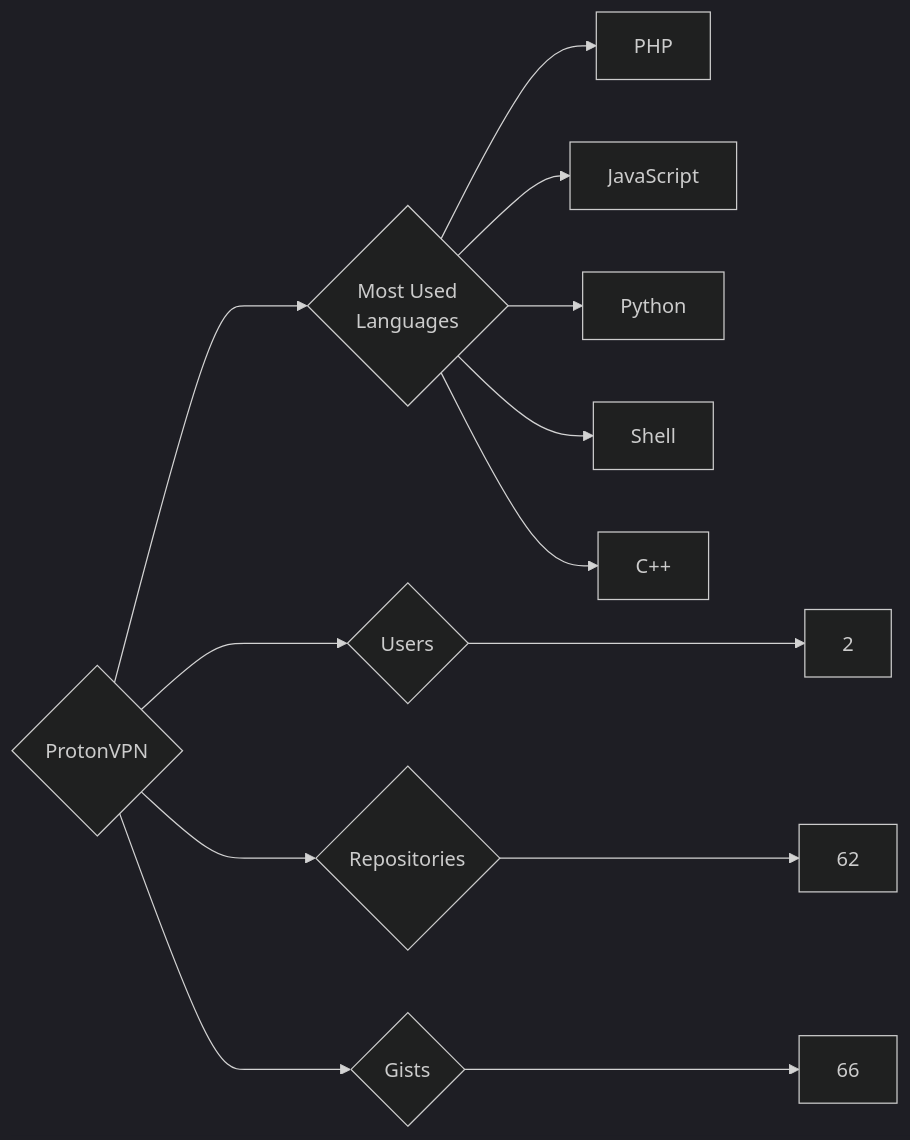
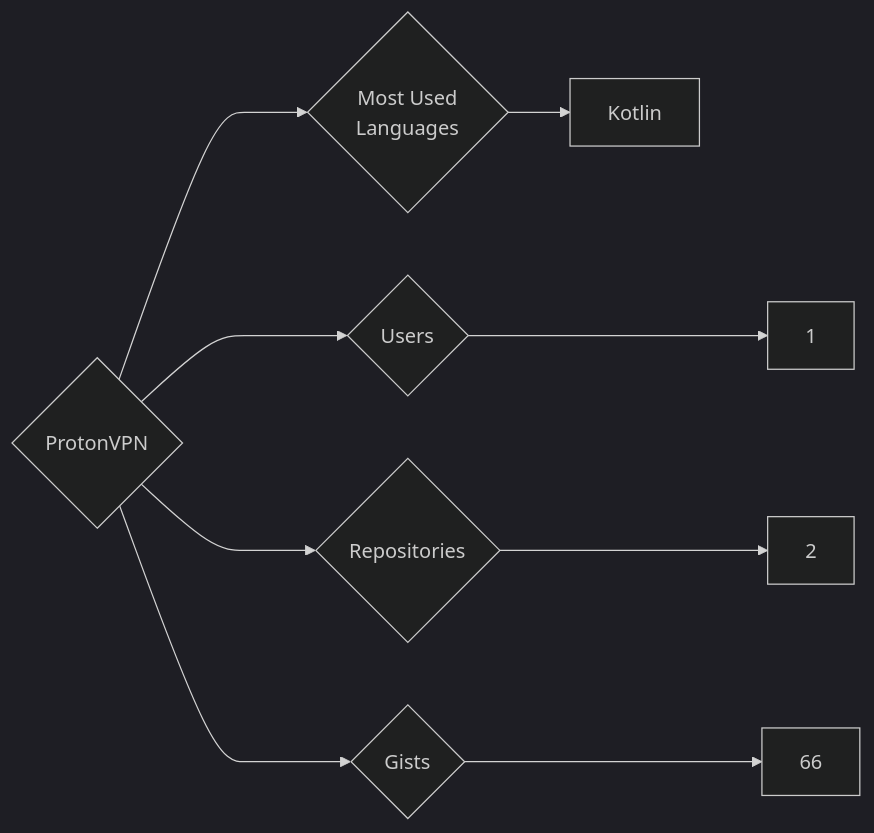
Before and after one commit to trickest/insiders: the diagram in targets/ProtonVPN/README.md, drawn with Mermaid (dark theme). The commit also changed 748 other files, not shown here.

````diff
--- a/targets/ProtonVPN/README.md
+++ b/targets/ProtonVPN/README.md
@@ -3,13 +3,9 @@
 ```mermaid
 graph LR
 COMPANY_NAME{ProtonVPN}
-COMPANY_NAME ---> U{Users} ---> UN[2]
-COMPANY_NAME ---> R{Repositories} ---> RN[62]
+COMPANY_NAME ---> U{Users} ---> UN[1]
+COMPANY_NAME ---> R{Repositories} ---> RN[2]
 COMPANY_NAME ---> G{Gists} ---> GN[66]
 COMPANY_NAME ---> ML{Most Used<br>Languages}
-ML --> PHP[PHP]
-ML --> JavaScript[JavaScript]
-ML --> Python[Python]
-ML --> Shell[Shell]
-ML --> C++[C++]
+ML --> Kotlin[Kotlin]
 ```
````
